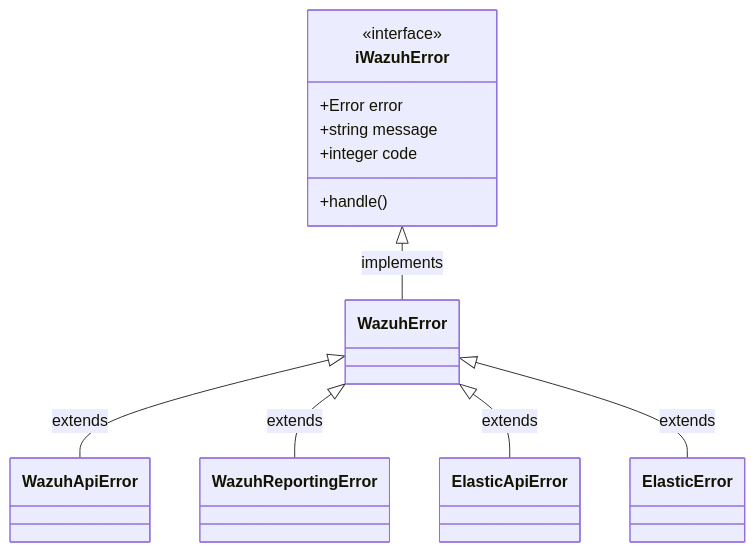
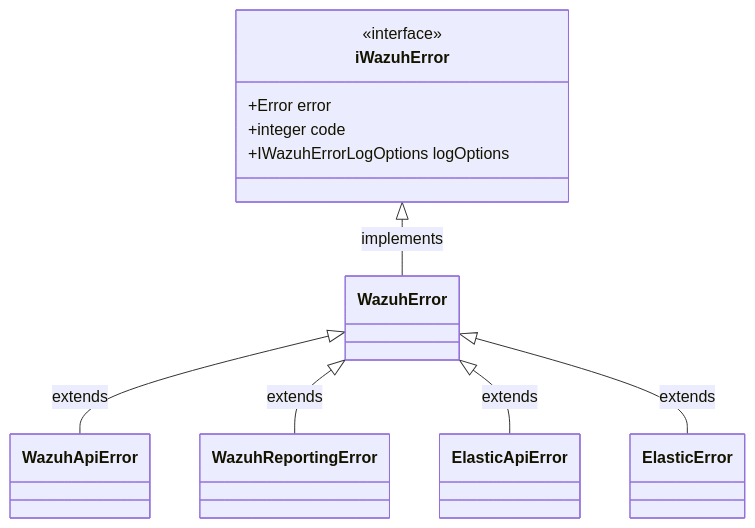
One commit to wazuh/wazuh-dashboard-plugins changed the second of 2 diagrams in public/react-services/error-management/README.md. Above: the diagram before and after it, drawn with Mermaid. The commit also changed other lines of this file and 2 other files, not shown here.

````diff
--- a/public/react-services/error-management/README.md
+++ b/public/react-services/error-management/README.md
@@ -167,18 +165,17 @@
 ```mermaid
 classDiagram
 
 class iWazuhError {
     <<interface>>
     +Error error
-    +string message
-    +integer code    
-    +handle()
+    +integer code
+    +IWazuhErrorLogOptions logOptions
 }
 
 iWazuhError <|-- WazuhError : implements
 WazuhError <|-- WazuhApiError : extends
 WazuhError <|-- WazuhReportingError : extends
 WazuhError <|-- ElasticApiError : extends
 WazuhError <|-- ElasticError : extends
 
 ```
````
